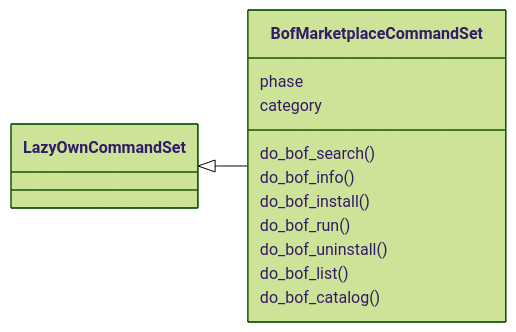
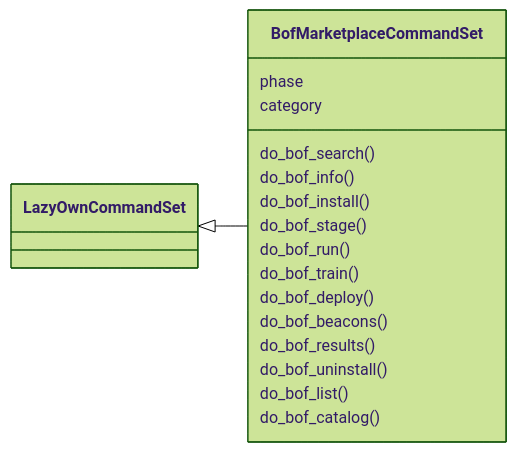
One commit to grisuno/LazyOwn changed the first of 2 diagrams in readmenator-apidocs/modules/cli.commands.bof_registry.py.md. Above: the diagram before and after it, drawn with Mermaid (forest theme). The commit also changed other lines of this file and 380 other files, not shown here.

````diff
--- a/readmenator-apidocs/modules/cli.commands.bof_registry.py.md
+++ b/readmenator-apidocs/modules/cli.commands.bof_registry.py.md
@@ -22,16 +28,21 @@
 ```mermaid
 classDiagram
     direction LR
     class BofMarketplaceCommandSet
     BofMarketplaceCommandSet : phase
     BofMarketplaceCommandSet : category
     BofMarketplaceCommandSet : do_bof_search()
     BofMarketplaceCommandSet : do_bof_info()
     BofMarketplaceCommandSet : do_bof_install()
+    BofMarketplaceCommandSet : do_bof_stage()
     BofMarketplaceCommandSet : do_bof_run()
+    BofMarketplaceCommandSet : do_bof_train()
+    BofMarketplaceCommandSet : do_bof_deploy()
+    BofMarketplaceCommandSet : do_bof_beacons()
+    BofMarketplaceCommandSet : do_bof_results()
     BofMarketplaceCommandSet : do_bof_uninstall()
     BofMarketplaceCommandSet : do_bof_list()
     BofMarketplaceCommandSet : do_bof_catalog()
     class LazyOwnCommandSet
     LazyOwnCommandSet <|-- BofMarketplaceCommandSet
 ```
````
